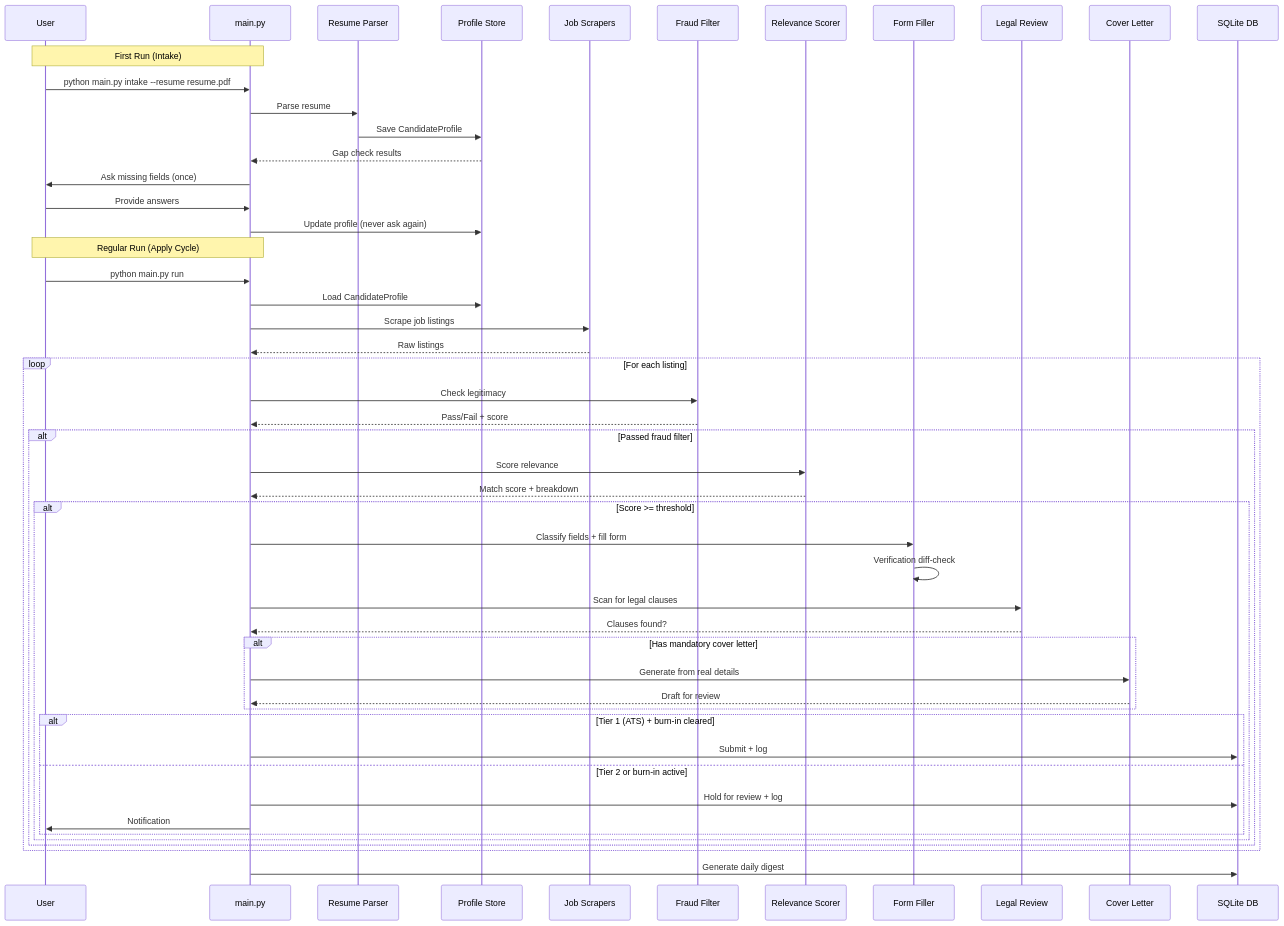
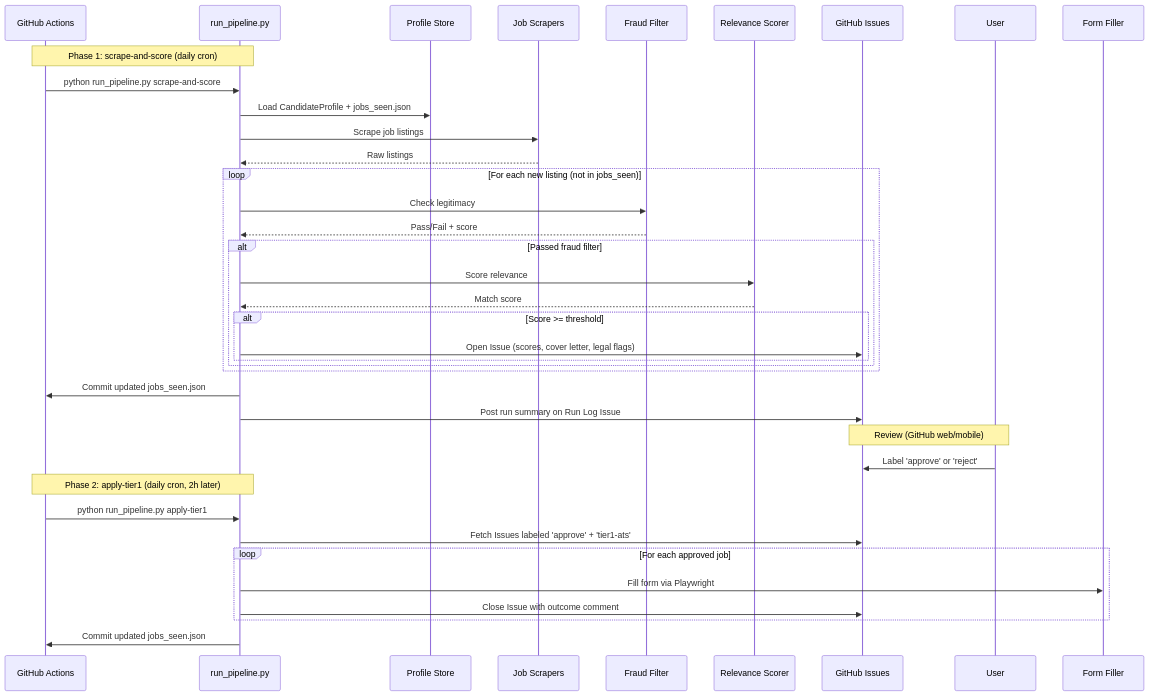
The second of 3 diagrams in Project_Architecture.md (AnshulDas007/Agentic-Job-Apply-Companion), drawn with Mermaid before and after one commit. The commit also changed other lines of this file and 16 other files, not shown here.

First line of the commit message:
feat: GitHub Actions + Issues architecture — two-phase pipeline, Issues as review UI

````diff
--- a/Project_Architecture.md
+++ b/Project_Architecture.md
@@ -71,56 +71,45 @@
 ```mermaid
 sequenceDiagram
-    participant User
-    participant CLI as main.py
-    participant Parser as Resume Parser
+    participant Actions as GitHub Actions
+    participant Pipeline as run_pipeline.py
     participant Store as Profile Store
     participant Scrapers as Job Scrapers
     participant Fraud as Fraud Filter
     participant Scorer as Relevance Scorer
+    participant Issues as GitHub Issues
+    participant User
     participant Filler as Form Filler
-    participant Legal as Legal Review
-    participant CoverLetter as Cover Letter
-    participant DB as SQLite DB
 
-    Note over User,CLI: First Run (Intake)
-    User->>CLI: python main.py intake --resume resume.pdf
-    CLI->>Parser: Parse resume
-    Parser->>Store: Save CandidateProfile
-    Store-->>CLI: Gap check results
-    CLI->>User: Ask missing fields (once)
-    User->>CLI: Provide answers
-    CLI->>Store: Update profile (never ask again)
+    Note over Actions,Pipeline: Phase 1: scrape-and-score (daily cron)
+    Actions->>Pipeline: python run_pipeline.py scrape-and-score
+    Pipeline->>Store: Load CandidateProfile + jobs_seen.json
+    Pipeline->>Scrapers: Scrape job listings
+    Scrapers-->>Pipeline: Raw listings
 
-    Note over User,CLI: Regular Run (Apply Cycle)
-    User->>CLI: python main.py run
-    CLI->>Store: Load CandidateProfile
-    CLI->>Scrapers: Scrape job listings
-    Scrapers-->>CLI: Raw listings
-    
-    loop For each listing
-        CLI->>Fraud: Check legitimacy
-        Fraud-->>CLI: Pass/Fail + score
+    loop For each new listing (not in jobs_seen)
+        Pipeline->>Fraud: Check legitimacy
+        Fraud-->>Pipeline: Pass/Fail + score
         alt Passed fraud filter
-            CLI->>Scorer: Score relevance
-            Scorer-->>CLI: Match score + breakdown
+            Pipeline->>Scorer: Score relevance
+            Scorer-->>Pipeline: Match score
             alt Score >= threshold
-                CLI->>Filler: Classify fields + fill form
-                Filler->>Filler: Verification diff-check
-                CLI->>Legal: Scan for legal clauses
-                Legal-->>CLI: Clauses found?
-                alt Has mandatory cover letter
-                    CLI->>CoverLetter: Generate from real details
-                    CoverLetter-->>CLI: Draft for review
-                end
-                alt Tier 1 (ATS) + burn-in cleared
-                    CLI->>DB: Submit + log
-                else Tier 2 or burn-in active
-                    CLI->>DB: Hold for review + log
-                    CLI->>User: Notification
-                end
+                Pipeline->>Issues: Open Issue (scores, cover letter, legal flags)
             end
         end
     end
-    
-    CLI->>DB: Generate daily digest
+
+    Pipeline->>Actions: Commit updated jobs_seen.json
+    Pipeline->>Issues: Post run summary on Run Log Issue
+
+    Note over User,Issues: Review (GitHub web/mobile)
+    User->>Issues: Label 'approve' or 'reject'
+
+    Note over Actions,Pipeline: Phase 2: apply-tier1 (daily cron, 2h later)
+    Actions->>Pipeline: python run_pipeline.py apply-tier1
+    Pipeline->>Issues: Fetch Issues labeled 'approve' + 'tier1-ats'
+    loop For each approved job
+        Pipeline->>Filler: Fill form via Playwright
+        Pipeline->>Issues: Close Issue with outcome comment
+    end
+    Pipeline->>Actions: Commit updated jobs_seen.json
 ```
````
